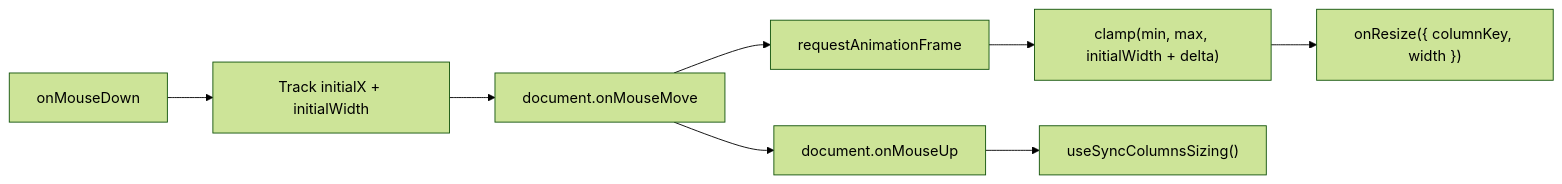
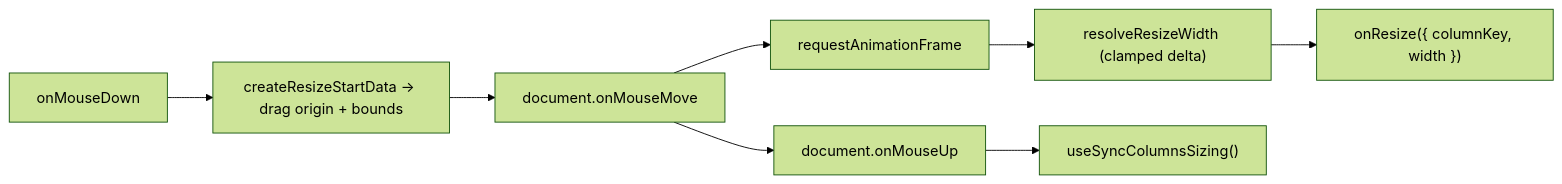
The first of 3 diagrams in packages/ui/src/components/Table/hooks/ARCHITECTURE.md (luciocabrera/lcabrera-stack), drawn with Mermaid (forest theme) before and after one commit. The commit also changed other lines of this file and 5 other files, not shown here.

````diff
--- a/packages/ui/src/components/Table/hooks/ARCHITECTURE.md
+++ b/packages/ui/src/components/Table/hooks/ARCHITECTURE.md
@@ -20,10 +27,10 @@
 ```mermaid
 graph LR
-  MD["onMouseDown"] --> Track["Track initialX + initialWidth"]
+  MD["onMouseDown"] --> Track["createResizeStartData → drag origin + bounds"]
   Track --> Move["document.onMouseMove"]
   Move --> RAF["requestAnimationFrame"]
-  RAF --> Clamp["clamp(min, max, initialWidth + delta)"]
+  RAF --> Clamp["resolveResizeWidth (clamped delta)"]
   Clamp --> Resize["onResize({ columnKey, width })"]
   Move --> Up["document.onMouseUp"]
   Up --> Sync["useSyncColumnsSizing()"]
 ```
````
